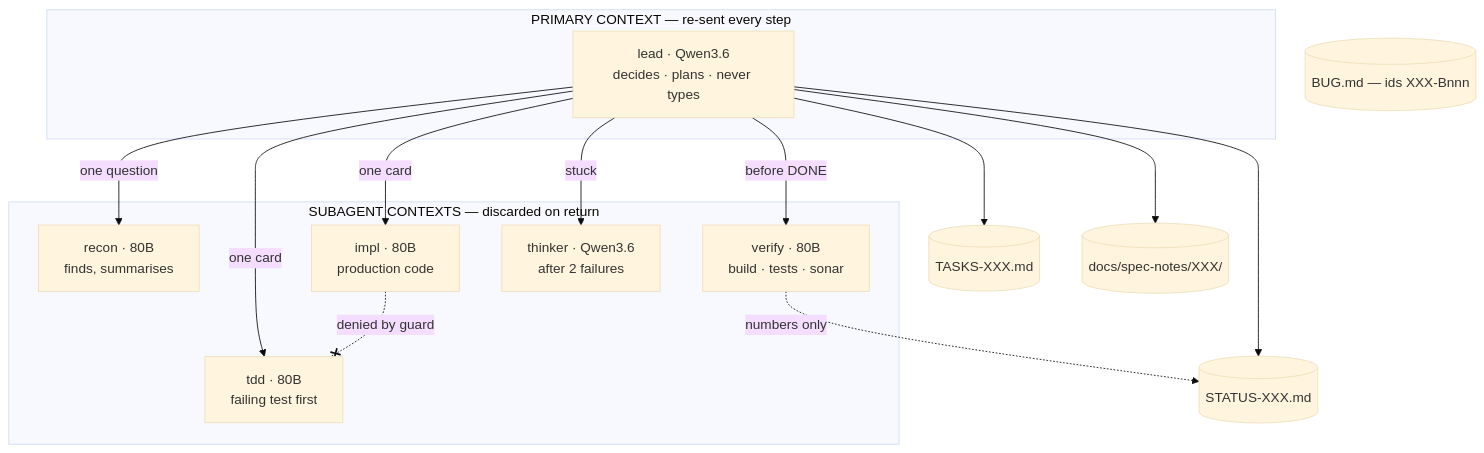
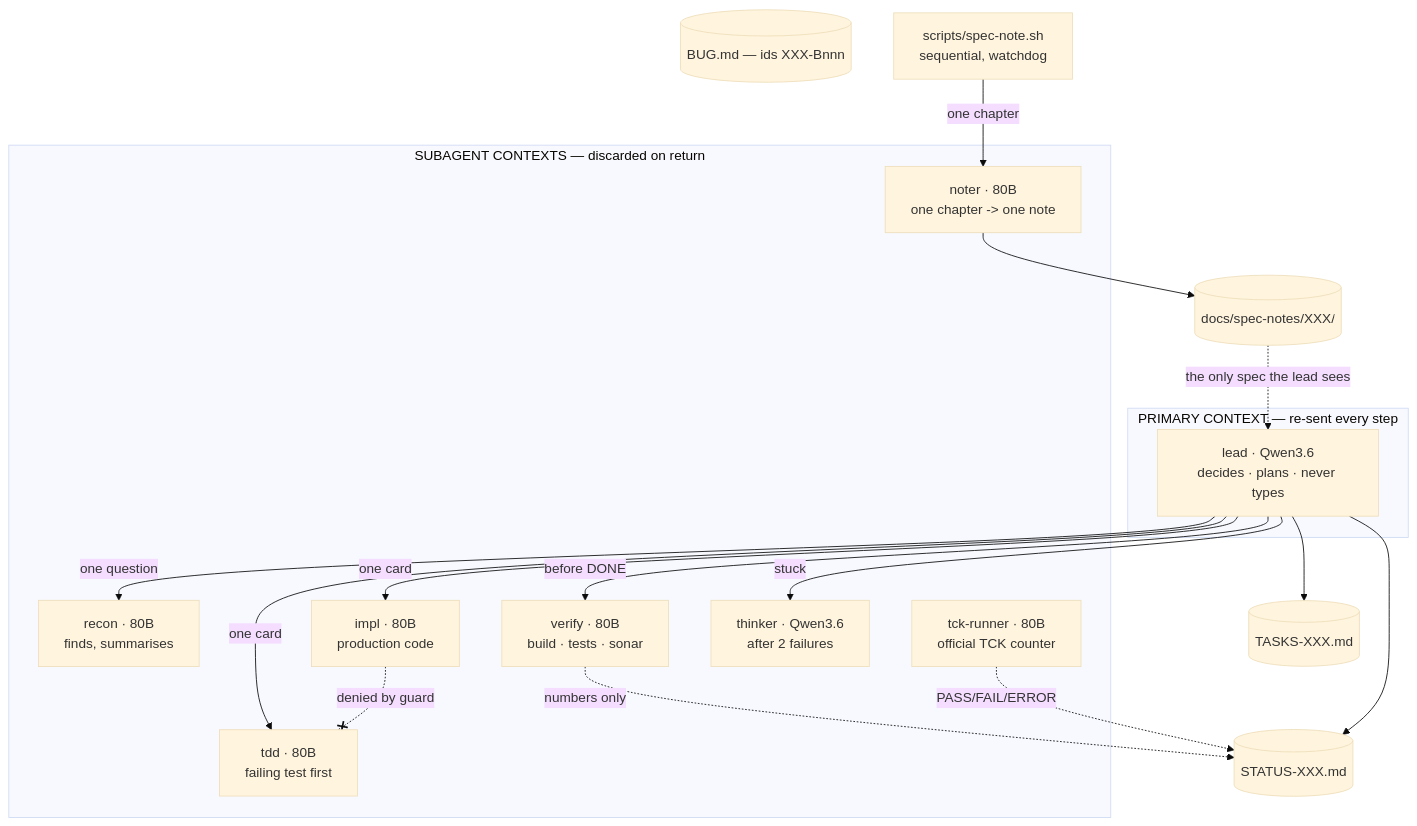
Before and after one commit to vidocq-stack/mansart: the first of 4 diagrams in OPENCODE_CODE_HARNESS-BUILD.md, drawn with Mermaid (base theme). The commit also changed other lines of this file and 81 other files, not shown here.

````diff
--- a/OPENCODE_CODE_HARNESS-BUILD.md
+++ b/OPENCODE_CODE_HARNESS-BUILD.md
@@ -73,26 +78,32 @@
 ```mermaid
 flowchart TB
     subgraph P["PRIMARY CONTEXT — re-sent every step"]
         LEAD["lead · Qwen3.6<br/>decides · plans · never types"]
     end
     subgraph S["SUBAGENT CONTEXTS — discarded on return"]
         RECON["recon · 80B<br/>finds, summarises"]
+        NOTER["noter · 80B<br/>one chapter -> one note"]
         TDD["tdd · 80B<br/>failing test first"]
         IMPL["impl · 80B<br/>production code"]
         VERIFY["verify · 80B<br/>build · tests · sonar"]
+        TCK["tck-runner · 80B<br/>official TCK counter"]
         THINK["thinker · Qwen3.6<br/>after 2 failures"]
     end
     T[("TASKS-XXX.md")]
     ST[("STATUS-XXX.md")]
     B[("BUG.md — ids XXX-Bnnn")]
     N[("docs/spec-notes/XXX/")]
 
     LEAD -- "one question" --> RECON
     LEAD -- "one card" --> TDD
     LEAD -- "one card" --> IMPL
     LEAD -- "before DONE" --> VERIFY
     LEAD -- "stuck" --> THINK
-    LEAD --> T & ST & N
+    LEAD --> T & ST
+    SH["scripts/spec-note.sh<br/>sequential, watchdog"] -- "one chapter" --> NOTER
+    NOTER --> N
+    N -. "the only spec the lead sees" .-> LEAD
     VERIFY -. "numbers only" .-> ST
+    TCK -. "PASS/FAIL/ERROR" .-> ST
     IMPL -. "denied by guard" .-x TDD
 ```
````
